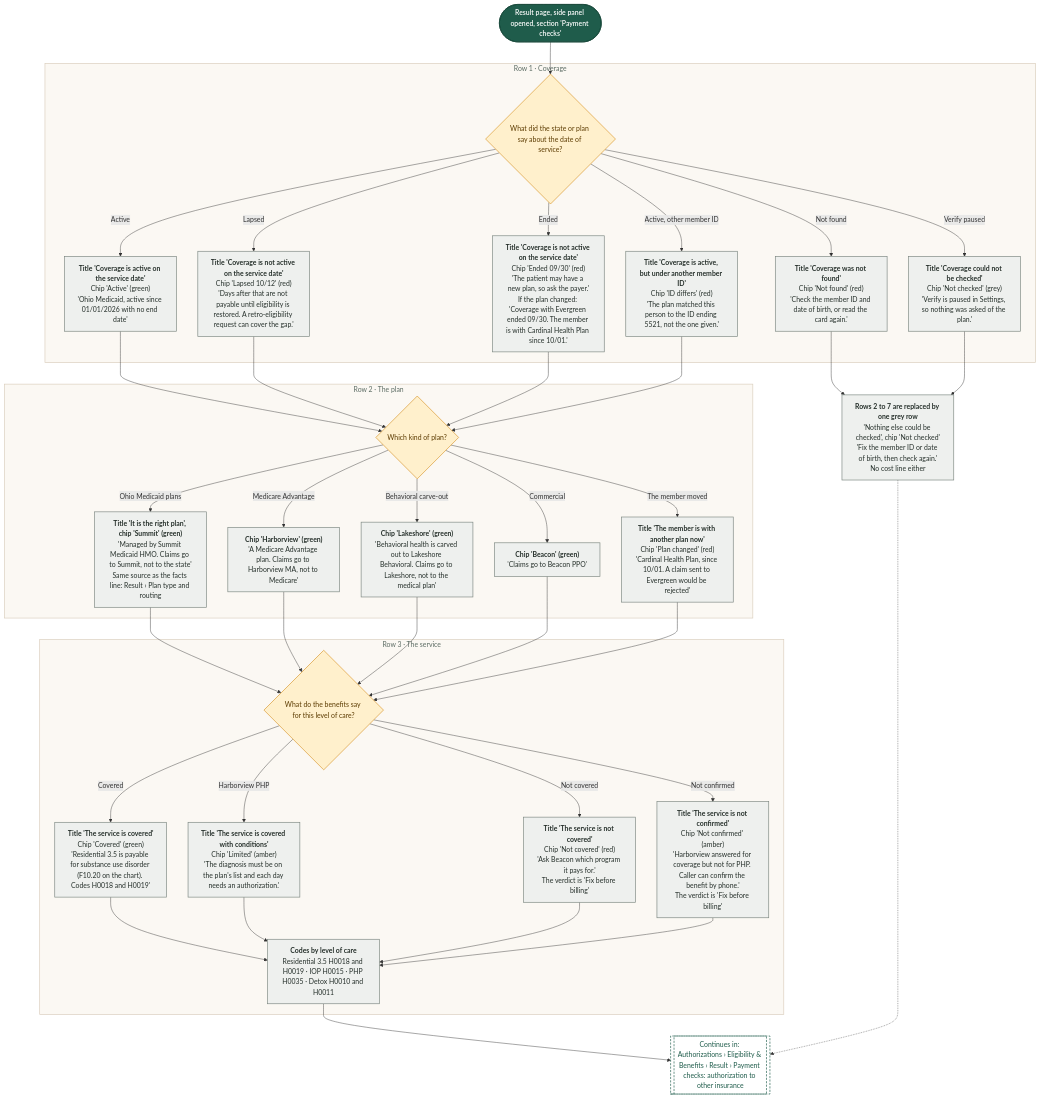
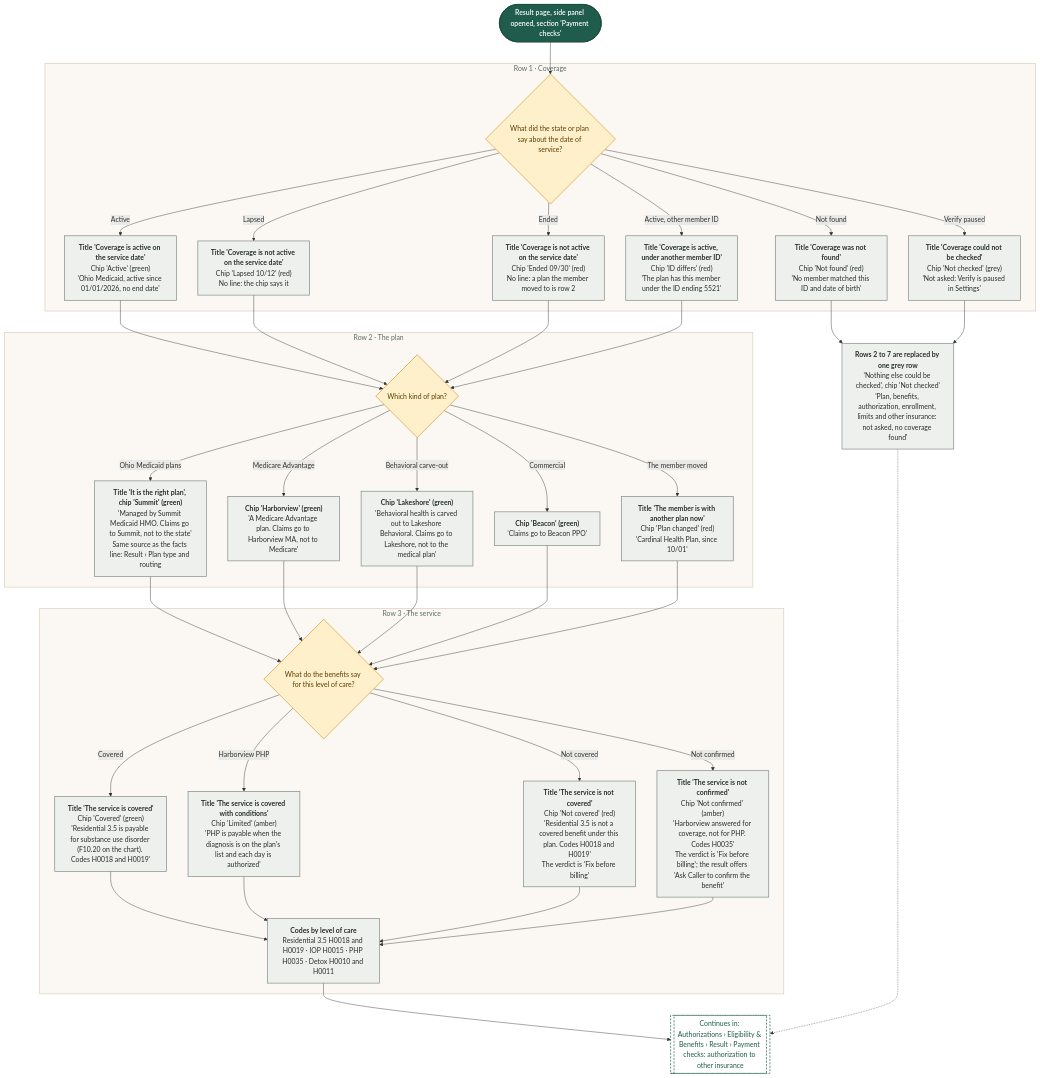
One commit to Shrav143/psyfloapp changed diagram 15 of 28 in demos/prior-auth-demo/workflows/out/md/05-eligibility.md. Above: the diagram before and after it, drawn with Mermaid. The commit also changed other lines of this file and 202 other files, not shown here.

First line of the commit message:
docs: round 6 README, CONVENTIONS, spec section 17, diagram module blurbs and 336 rebuilt diagrams

````diff
--- a/demos/prior-auth-demo/workflows/out/md/05-eligibility.md
+++ b/demos/prior-auth-demo/workflows/out/md/05-eligibility.md
@@ -1167,73 +1180,73 @@
 ```mermaid
 %%{init: {"theme":"base","themeVariables":{"fontFamily":"'DM Sans', 'Segoe UI', system-ui, sans-serif","fontSize":"15px","lineColor":"#5B6B63","primaryTextColor":"#1C2B25","clusterBkg":"#FBF8F3","clusterBorder":"#D9CDBB","edgeLabelBackground":"#FFFFFF"},"flowchart":{"curve":"basis","nodeSpacing":36,"rankSpacing":48,"padding":12,"htmlLabels":true,"useMaxWidth":false,"wrappingWidth":230}} }%%
 flowchart TD
   classDef k_start fill:#1F5C4B,stroke:#174638,color:#FFFFFF,stroke-width:1.5px,font-weight:600
   classDef k_end fill:#DDEFE3,stroke:#2E7D4F,color:#14502F,stroke-width:1.5px,font-weight:600
   classDef k_endx fill:#FBE3E0,stroke:#C0392B,color:#7A1F16,stroke-width:1.5px,font-weight:600
   classDef k_screen fill:#FFFDF8,stroke:#1F5C4B,color:#1C2B25,stroke-width:2px
   classDef k_overlay fill:#F1F7F3,stroke:#1F5C4B,color:#1C2B25,stroke-width:2px,stroke-dasharray:5 3
   classDef k_click fill:#DCEBFA,stroke:#2F6DB5,color:#12365F,stroke-width:1.5px
   classDef k_input fill:#E4E7FF,stroke:#4C5FD5,color:#1D2670,stroke-width:1.5px
   classDef k_process fill:#EEF0EE,stroke:#7A857F,color:#26302B,stroke-width:1.5px
   classDef k_agent fill:#EEE5FA,stroke:#7A4FC2,color:#341A63,stroke-width:1.5px
   classDef k_decision fill:#FFF0CC,stroke:#D9962B,color:#5C3B00,stroke-width:1.5px
   classDef k_store fill:#D5F0EA,stroke:#1C8E7B,color:#0B4A3F,stroke-width:1.5px
   classDef k_doc fill:#F6E9DC,stroke:#B07A4C,color:#4A2E14,stroke-width:1.5px
   classDef k_ext fill:#FFE6D2,stroke:#E07B39,color:#6B2F06,stroke-width:1.5px
   classDef k_wait fill:#E4E8EE,stroke:#6B7C93,color:#26303D,stroke-width:1.5px
   classDef k_toast fill:#FFF9DB,stroke:#C9A400,color:#5A4A00,stroke-width:1.5px
   classDef k_goto fill:#FFFFFF,stroke:#1F5C4B,color:#1F5C4B,stroke-width:1.5px,stroke-dasharray:5 3
   s1@{ shape: stadium, label: "Result page, side panel opened, section 'Payment checks'" }
   subgraph gA ["Row 1 · Coverage"]
   a0@{ shape: diam, label: "What did the state or plan say about the date of service?" }
-  a1@{ shape: rect, label: "<b>Title 'Coverage is active on the service date'</b><br/>Chip 'Active' (green)<br/>'Ohio Medicaid, active since 01/01/2026 with no end date'" }
-  a2@{ shape: rect, label: "<b>Title 'Coverage is not active on the service date'</b><br/>Chip 'Lapsed 10/12' (red)<br/>'Days after that are not payable until eligibility is restored. A retro-eligibility request can cover the gap.'" }
-  a3@{ shape: rect, label: "<b>Title 'Coverage is not active on the service date'</b><br/>Chip 'Ended 09/30' (red)<br/>'The patient may have a new plan, so ask the payer.'<br/>If the plan changed: 'Coverage with Evergreen ended 09/30. The member is with Cardinal Health Plan since 10/01.'" }
-  a5@{ shape: rect, label: "<b>Title 'Coverage is active, but under another member ID'</b><br/>Chip 'ID differs' (red)<br/>'The plan matched this person to the ID ending 5521, not the one given.'" }
-  a6@{ shape: rect, label: "<b>Title 'Coverage could not be checked'</b><br/>Chip 'Not checked' (grey)<br/>'Verify is paused in Settings, so nothing was asked of the plan.'" }
-  a4@{ shape: rect, label: "<b>Title 'Coverage was not found'</b><br/>Chip 'Not found' (red)<br/>'Check the member ID and date of birth, or read the card again.'" }
+  a1@{ shape: rect, label: "<b>Title 'Coverage is active on the service date'</b><br/>Chip 'Active' (green)<br/>'Ohio Medicaid, active since 01/01/2026, no end date'" }
+  a2@{ shape: rect, label: "<b>Title 'Coverage is not active on the service date'</b><br/>Chip 'Lapsed 10/12' (red)<br/>No line: the chip says it" }
+  a3@{ shape: rect, label: "<b>Title 'Coverage is not active on the service date'</b><br/>Chip 'Ended 09/30' (red)<br/>No line: a plan the member moved to is row 2" }
+  a5@{ shape: rect, label: "<b>Title 'Coverage is active, under another member ID'</b><br/>Chip 'ID differs' (red)<br/>'The plan has this member under the ID ending 5521'" }
+  a6@{ shape: rect, label: "<b>Title 'Coverage could not be checked'</b><br/>Chip 'Not checked' (grey)<br/>'Not asked: Verify is paused in Settings'" }
+  a4@{ shape: rect, label: "<b>Title 'Coverage was not found'</b><br/>Chip 'Not found' (red)<br/>'No member matched this ID and date of birth'" }
   end
-  g0@{ shape: rect, label: "<b>Rows 2 to 7 are replaced by one grey row</b><br/>'Nothing else could be checked', chip 'Not checked'<br/>'Fix the member ID or date of birth, then check again.'<br/>No cost line either" }
+  g0@{ shape: rect, label: "<b>Rows 2 to 7 are replaced by one grey row</b><br/>'Nothing else could be checked', chip 'Not checked'<br/>'Plan, benefits, authorization, enrollment, limits and other insurance: not asked, no coverage found'" }
   subgraph gB ["Row 2 · The plan"]
   b0@{ shape: diam, label: "Which kind of plan?" }
   b1@{ shape: rect, label: "<b>Title 'It is the right plan', chip 'Summit' (green)</b><br/>'Managed by Summit Medicaid HMO. Claims go to Summit, not to the state'<br/>Same source as the facts line: Result › Plan type and routing" }
   b2@{ shape: rect, label: "<b>Chip 'Harborview' (green)</b><br/>'A Medicare Advantage plan. Claims go to Harborview MA, not to Medicare'" }
   b3@{ shape: rect, label: "<b>Chip 'Lakeshore' (green)</b><br/>'Behavioral health is carved out to Lakeshore Behavioral. Claims go to Lakeshore, not to the medical plan'" }
   b4@{ shape: rect, label: "<b>Chip 'Beacon' (green)</b><br/>'Claims go to Beacon PPO'" }
-  b5@{ shape: rect, label: "<b>Title 'The member is with another plan now'</b><br/>Chip 'Plan changed' (red)<br/>'Cardinal Health Plan, since 10/01. A claim sent to Evergreen would be rejected'" }
+  b5@{ shape: rect, label: "<b>Title 'The member is with another plan now'</b><br/>Chip 'Plan changed' (red)<br/>'Cardinal Health Plan, since 10/01'" }
   end
   subgraph gC ["Row 3 · The service"]
   c0@{ shape: diam, label: "What do the benefits say for this level of care?" }
   c1@{ shape: rect, label: "<b>Title 'The service is covered'</b><br/>Chip 'Covered' (green)<br/>'Residential 3.5 is payable for substance use disorder (F10.20 on the chart). Codes H0018 and H0019'" }
-  c2@{ shape: rect, label: "<b>Title 'The service is covered with conditions'</b><br/>Chip 'Limited' (amber)<br/>'The diagnosis must be on the plan's list and each day needs an authorization.'" }
-  c5@{ shape: rect, label: "<b>Title 'The service is not confirmed'</b><br/>Chip 'Not confirmed' (amber)<br/>'Harborview answered for coverage but not for PHP. Caller can confirm the benefit by phone.'<br/>The verdict is 'Fix before billing'" }
-  c3@{ shape: rect, label: "<b>Title 'The service is not covered'</b><br/>Chip 'Not covered' (red)<br/>'Ask Beacon which program it pays for.'<br/>The verdict is 'Fix before billing'" }
+  c2@{ shape: rect, label: "<b>Title 'The service is covered with conditions'</b><br/>Chip 'Limited' (amber)<br/>'PHP is payable when the diagnosis is on the plan's list and each day is authorized'" }
+  c5@{ shape: rect, label: "<b>Title 'The service is not confirmed'</b><br/>Chip 'Not confirmed' (amber)<br/>'Harborview answered for coverage, not for PHP. Codes H0035'<br/>The verdict is 'Fix before billing'; the result offers 'Ask Caller to confirm the benefit'" }
+  c3@{ shape: rect, label: "<b>Title 'The service is not covered'</b><br/>Chip 'Not covered' (red)<br/>'Residential 3.5 is not a covered benefit under this plan. Codes H0018 and H0019'<br/>The verdict is 'Fix before billing'" }
   c4@{ shape: rect, label: "<b>Codes by level of care</b><br/>Residential 3.5 H0018 and H0019 · IOP H0015 · PHP H0035 · Detox H0010 and H0011" }
   end
   g1@{ shape: subproc, label: "Continues in: Authorizations › Eligibility & Benefits › Result › Payment checks: authorization to other insurance" }
   s1 --> a0
   a0 -->|"Active"| a1 --> b0
   a0 -->|"Lapsed"| a2 --> b0
   a0 -->|"Ended"| a3 --> b0
   a0 -->|"Not found"| a4 --> g0
   a0 -->|"Active, other member ID"| a5 --> b0
   a0 -->|"Verify paused"| a6 --> g0
   b0 -->|"Ohio Medicaid plans"| b1 --> c0
   b0 -->|"Medicare Advantage"| b2 --> c0
   b0 -->|"Behavioral carve-out"| b3 --> c0
   b0 -->|"Commercial"| b4 --> c0
   b0 -->|"The member moved"| b5 --> c0
   c0 -->|"Covered"| c1 --> c4
   c0 -->|"Harborview PHP"| c2 --> c4
   c0 -->|"Not covered"| c3 --> c4
   c0 -->|"Not confirmed"| c5 --> c4
   c4 --> g1
   g0 -.-> g1
   class s1 k_start
   class a0,b0,c0 k_decision
   class a1,a2,a3,a5,a6,a4,g0,b1,b2,b3,b4,b5,c1,c2,c5,c3,c4 k_process
   class g1 k_goto
   style gA fill:#FBF8F3,stroke:#D9CDBB,stroke-width:1.5px,color:#5B6B63
   style gB fill:#FBF8F3,stroke:#D9CDBB,stroke-width:1.5px,color:#5B6B63
   style gC fill:#FBF8F3,stroke:#D9CDBB,stroke-width:1.5px,color:#5B6B63
 ```
````
